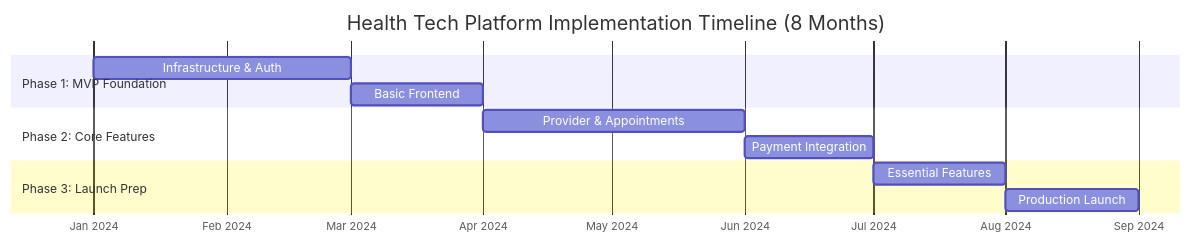
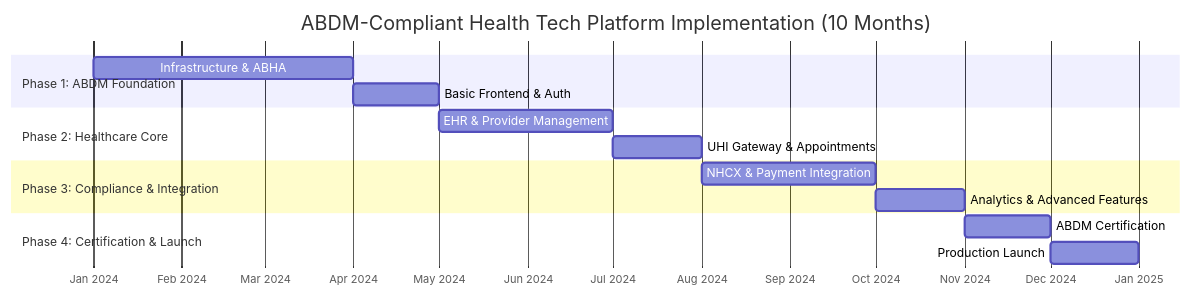
The first of 11 diagrams in 05-implementation-plan.md (health-tech-uhi/blueprint), drawn with Mermaid before and after one commit. The commit also changed other lines of this file and 8 other files, not shown here.

````diff
--- a/05-implementation-plan.md
+++ b/05-implementation-plan.md
@@ -21,18 +30,22 @@
 ```mermaid
 gantt
-    title Health Tech Platform Implementation Timeline (8 Months)
+    title ABDM-Compliant Health Tech Platform Implementation (10 Months)
     dateFormat  YYYY-MM
     axisFormat  %b %Y
     
-    section Phase 1: MVP Foundation
-    Infrastructure & Auth       :p1-1, 2024-01, 2M
-    Basic Frontend             :p1-2, after p1-1, 1M
+    section Phase 1: ABDM Foundation
+    Infrastructure & ABHA       :p1-1, 2024-01, 3M
+    Basic Frontend & Auth       :p1-2, after p1-1, 1M
     
-    section Phase 2: Core Features
-    Provider & Appointments    :p2-1, after p1-2, 2M
-    Payment Integration       :p2-2, after p2-1, 1M
+    section Phase 2: Healthcare Core
+    EHR & Provider Management   :p2-1, after p1-2, 2M
+    UHI Gateway & Appointments  :p2-2, after p2-1, 1M
     
-    section Phase 3: Launch Prep
-    Essential Features        :p3-1, after p2-2, 1M
-    Production Launch         :p3-2, after p3-1, 1M
+    section Phase 3: Compliance & Integration
+    NHCX & Payment Integration  :p3-1, after p2-2, 2M
+    Analytics & Advanced Features :p3-2, after p3-1, 1M
+    
+    section Phase 4: Certification & Launch
+    ABDM Certification         :p4-1, after p3-2, 1M
+    Production Launch          :p4-2, after p4-1, 1M
 ```
````
